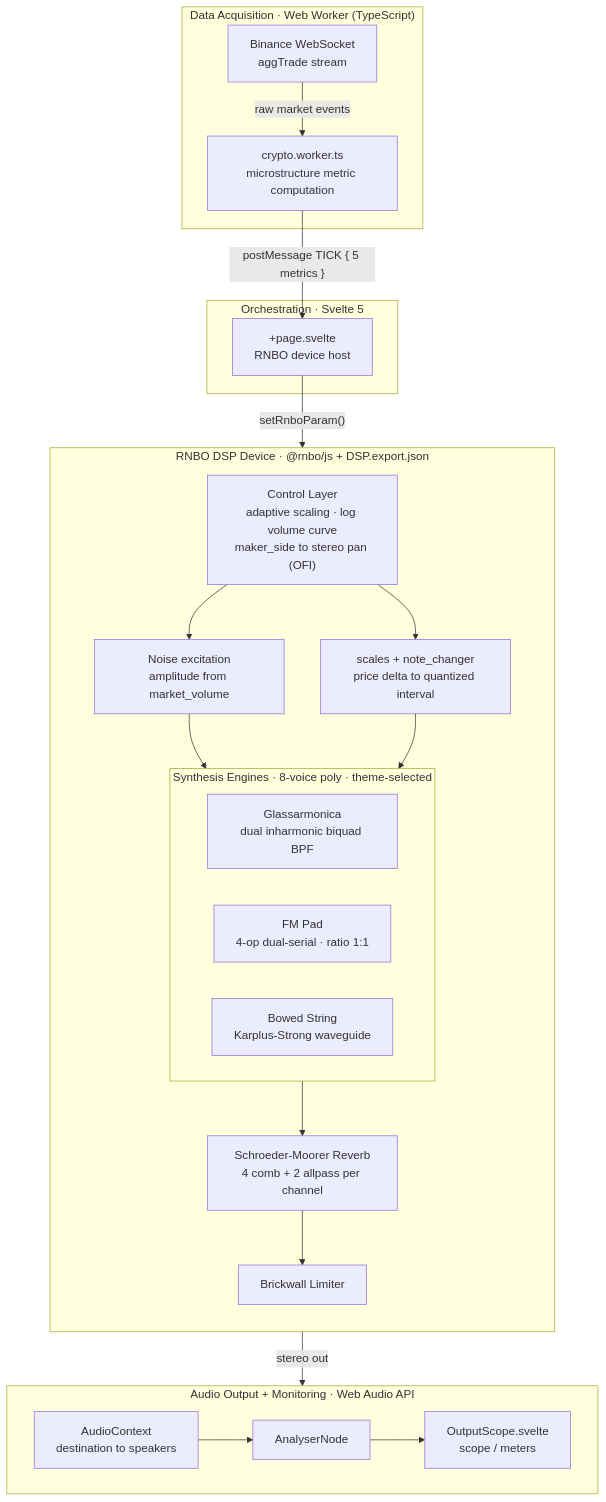
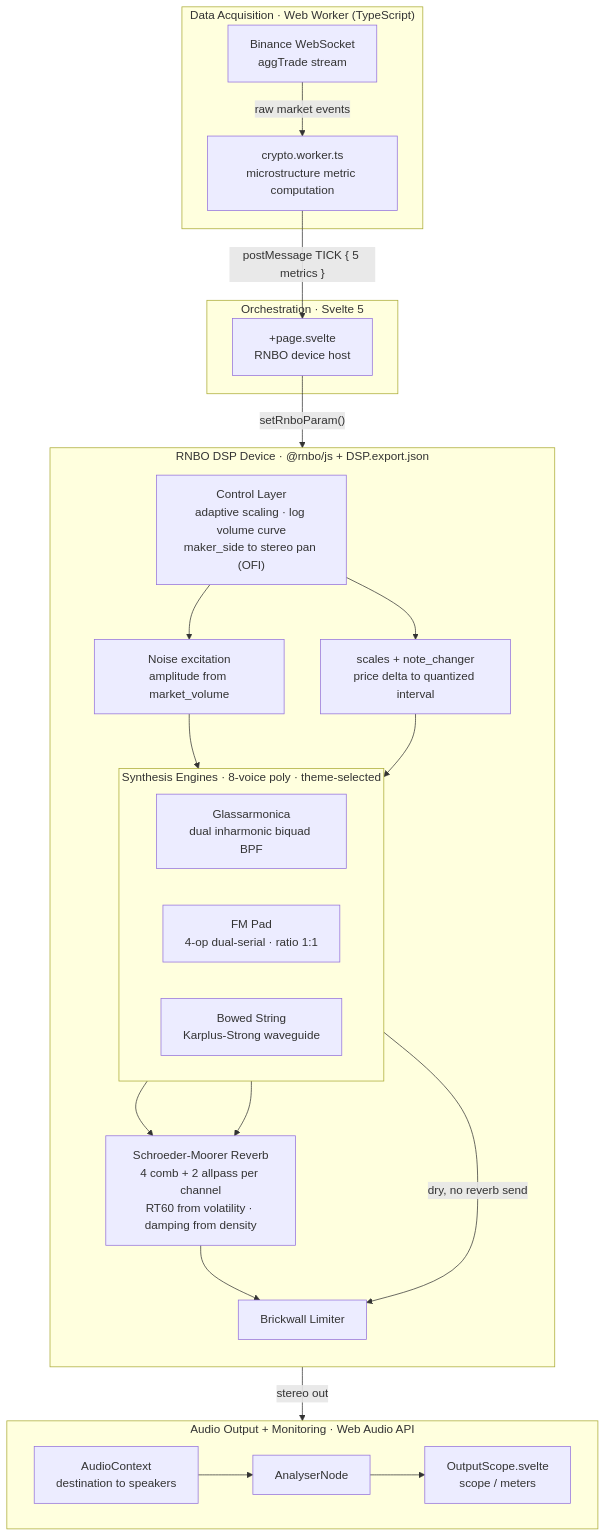
Before and after one commit to BitResonant/SoniChain: the diagram in README.md, drawn with Mermaid. The commit also changed other lines of this file and 1 other file, not shown here.

First line of the commit message:
Refine README: clarify mappings, polish prose, add reverb detail

````diff
--- a/README.md
+++ b/README.md
@@ -402,45 +397,47 @@
 ```mermaid
 flowchart TD
     subgraph ACQ["Data Acquisition · Web Worker (TypeScript)"]
         BIN["Binance WebSocket<br/>aggTrade stream"]
         WORK["crypto.worker.ts<br/>microstructure metric computation"]
         BIN -->|"raw market events"| WORK
     end
 
     subgraph ORCH["Orchestration · Svelte 5"]
         PAGE["+page.svelte<br/>RNBO device host"]
     end
 
     subgraph DSP["RNBO DSP Device · @rnbo/js + DSP.export.json"]
         direction TB
         CTRL["Control Layer<br/>adaptive scaling · log volume curve<br/>maker_side to stereo pan (OFI)"]
         NOISE["Noise excitation<br/>amplitude from market_volume"]
         FREQ["scales + note_changer<br/>price delta to quantized interval"]
         subgraph ENG["Synthesis Engines · 8-voice poly · theme-selected"]
             direction LR
             GLASS["Glassarmonica<br/>dual inharmonic biquad BPF"]
             FM["FM Pad<br/>4-op dual-serial · ratio 1:1"]
             STR["Bowed String<br/>Karplus-Strong waveguide"]
         end
-        REV["Schroeder-Moorer Reverb<br/>4 comb + 2 allpass per channel"]
+        REV["Schroeder-Moorer Reverb<br/>4 comb + 2 allpass per channel<br/>RT60 from volatility · damping from density"]
         LIM["Brickwall Limiter"]
         CTRL --> NOISE
         CTRL --> FREQ
         NOISE --> ENG
         FREQ --> ENG
-        ENG --> REV
+        FM --> REV
+        STR --> REV
+        GLASS -->|"dry, no reverb send"| LIM
         REV --> LIM
     end
 
     subgraph OUT["Audio Output + Monitoring · Web Audio API"]
         direction LR
         AC["AudioContext<br/>destination to speakers"]
         AN["AnalyserNode"]
         SCOPE["OutputScope.svelte<br/>scope / meters"]
         AC --> AN --> SCOPE
     end
 
     WORK -->|"postMessage TICK { 5 metrics }"| PAGE
     PAGE -->|"setRnboParam()"| CTRL
     LIM -->|"stereo out"| AC
 ```
````
